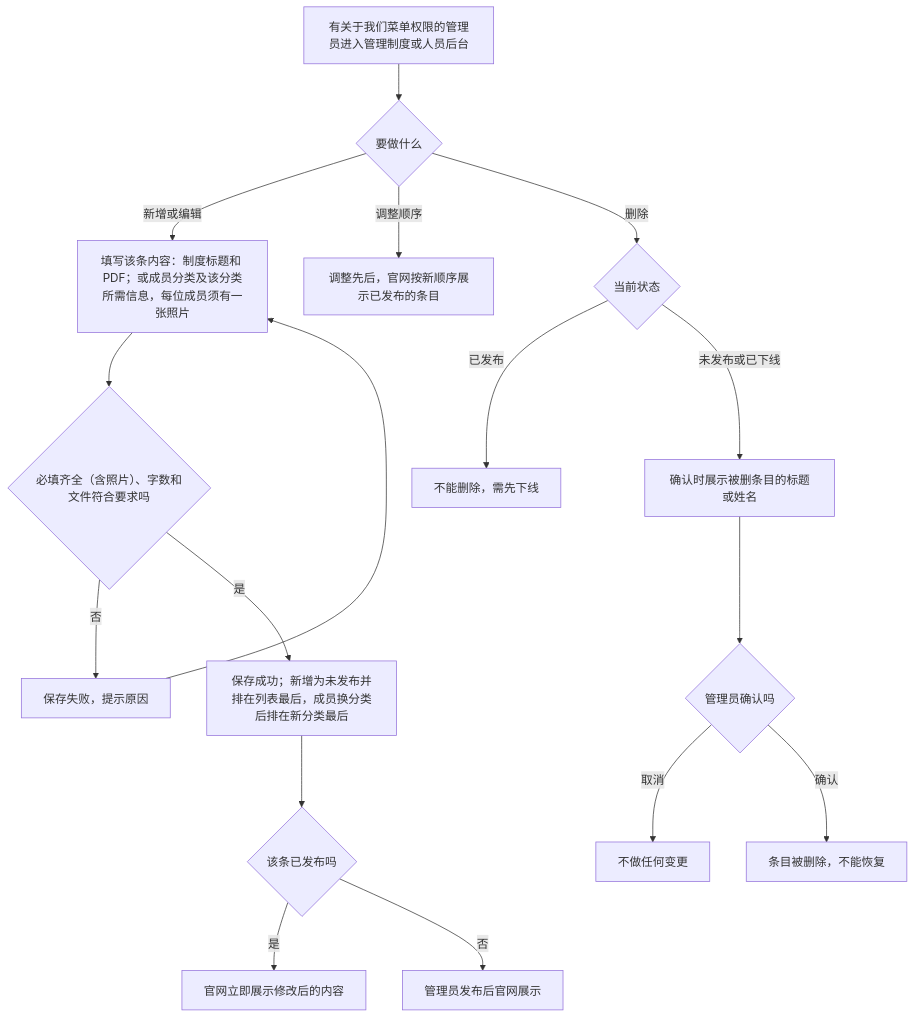
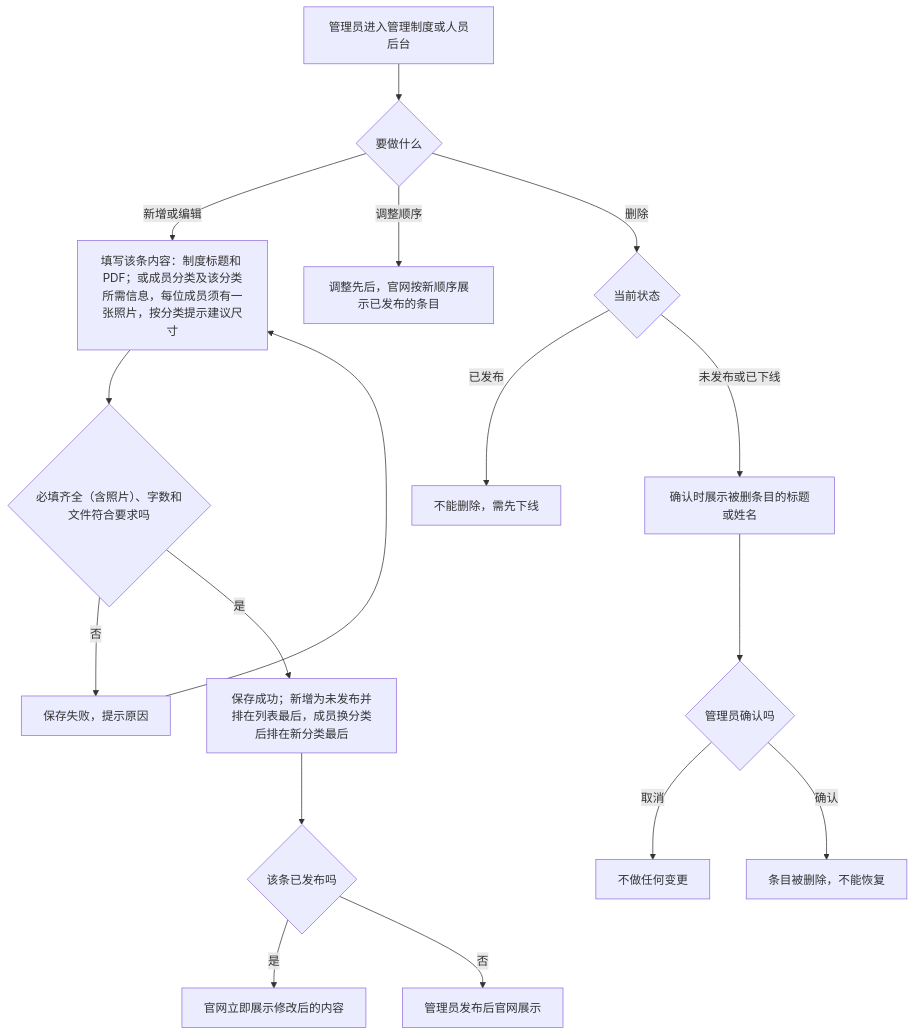
One commit to wxblockchain/luna changed the third of 5 diagrams in prd/about-us/luna-about-us-prd-02-flows.md. Above: the diagram before and after it, drawn with Mermaid. The commit also changed other lines of this file and 2 other files, not shown here.

Commit message:
docs: 关于我们 PRD 关闭全部待确认项（D-01、D-08、D-11、D-12）
- D-01：运营管理系统“关于我们”菜单只有管理员可以进入和维护。
- D-08：姓名、职务 30 字；愿景、宗旨 100 字；简介、教育背景 300 字。
- D-11：理事会、监事与工作人员、志愿者照片展示尺寸不同；上传时按分类提示建议尺寸，不作校验。
- D-12：分类名称为“理事会”“监事”。
- 同步图 2、图 3 与验收（AC-05-01、AC-05-02、AC-05-16、AC-01-10、AC-04-21，新增 AC-04-23）。

````diff
--- a/prd/about-us/luna-about-us-prd-02-flows.md
+++ b/prd/about-us/luna-about-us-prd-02-flows.md
@@ -66,19 +66,19 @@
 ```mermaid
 flowchart TD
-    A[有关于我们菜单权限的管理员进入管理制度或人员后台] --> B{要做什么}
-    B -->|新增或编辑| C[填写该条内容：制度标题和 PDF；或成员分类及该分类所需信息，每位成员须有一张照片]
+    A[管理员进入管理制度或人员后台] --> B{要做什么}
+    B -->|新增或编辑| C[填写该条内容：制度标题和 PDF；或成员分类及该分类所需信息，每位成员须有一张照片，按分类提示建议尺寸]
     C --> D{必填齐全（含照片）、字数和文件符合要求吗}
     D -->|否| E[保存失败，提示原因]
     E --> C
     D -->|是| F[保存成功；新增为未发布并排在列表最后，成员换分类后排在新分类最后]
     F --> G{该条已发布吗}
     G -->|是| H[官网立即展示修改后的内容]
     G -->|否| I[管理员发布后官网展示]
     B -->|调整顺序| J[调整先后，官网按新顺序展示已发布的条目]
     B -->|删除| K{当前状态}
     K -->|已发布| L[不能删除，需先下线]
     K -->|未发布或已下线| M[确认时展示被删条目的标题或姓名]
     M --> N{管理员确认吗}
     N -->|取消| O[不做任何变更]
     N -->|确认| P[条目被删除，不能恢复]
 ```
````
